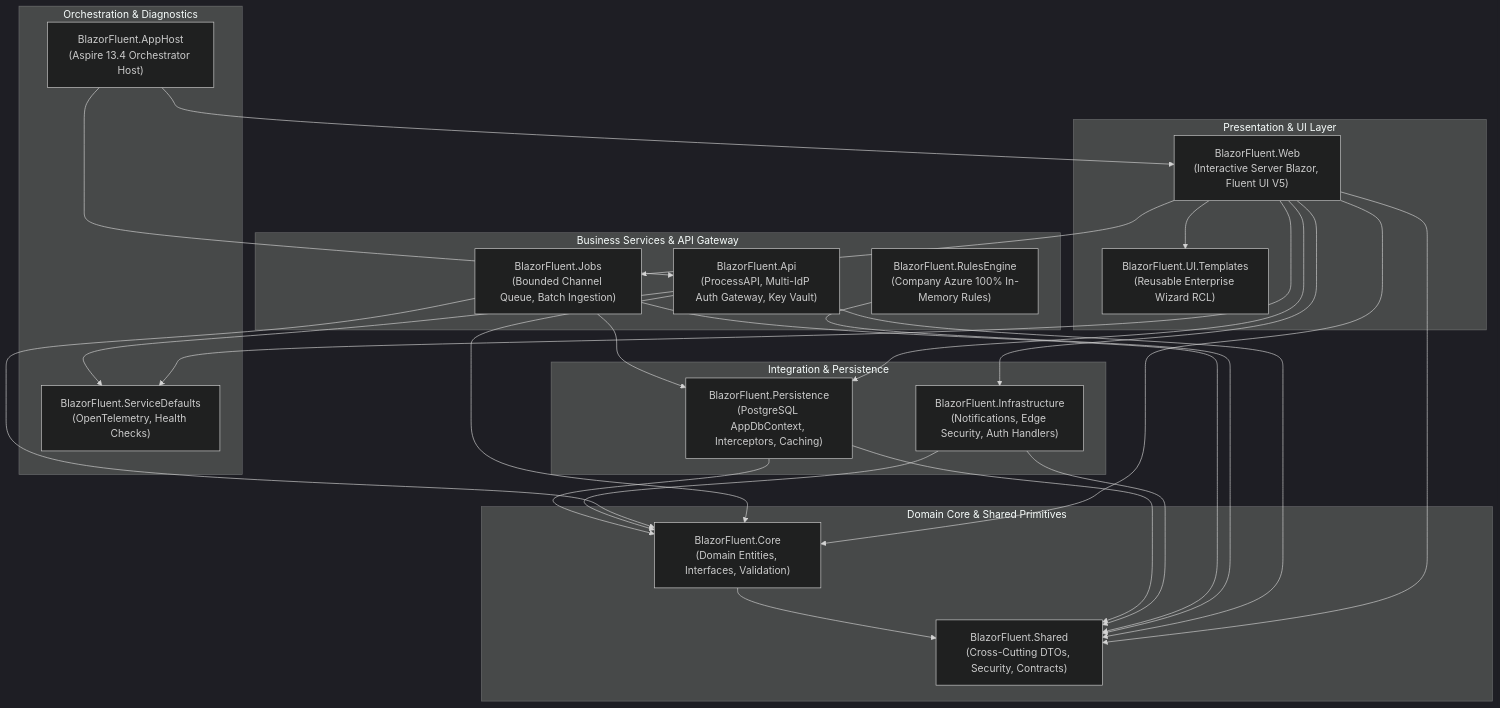
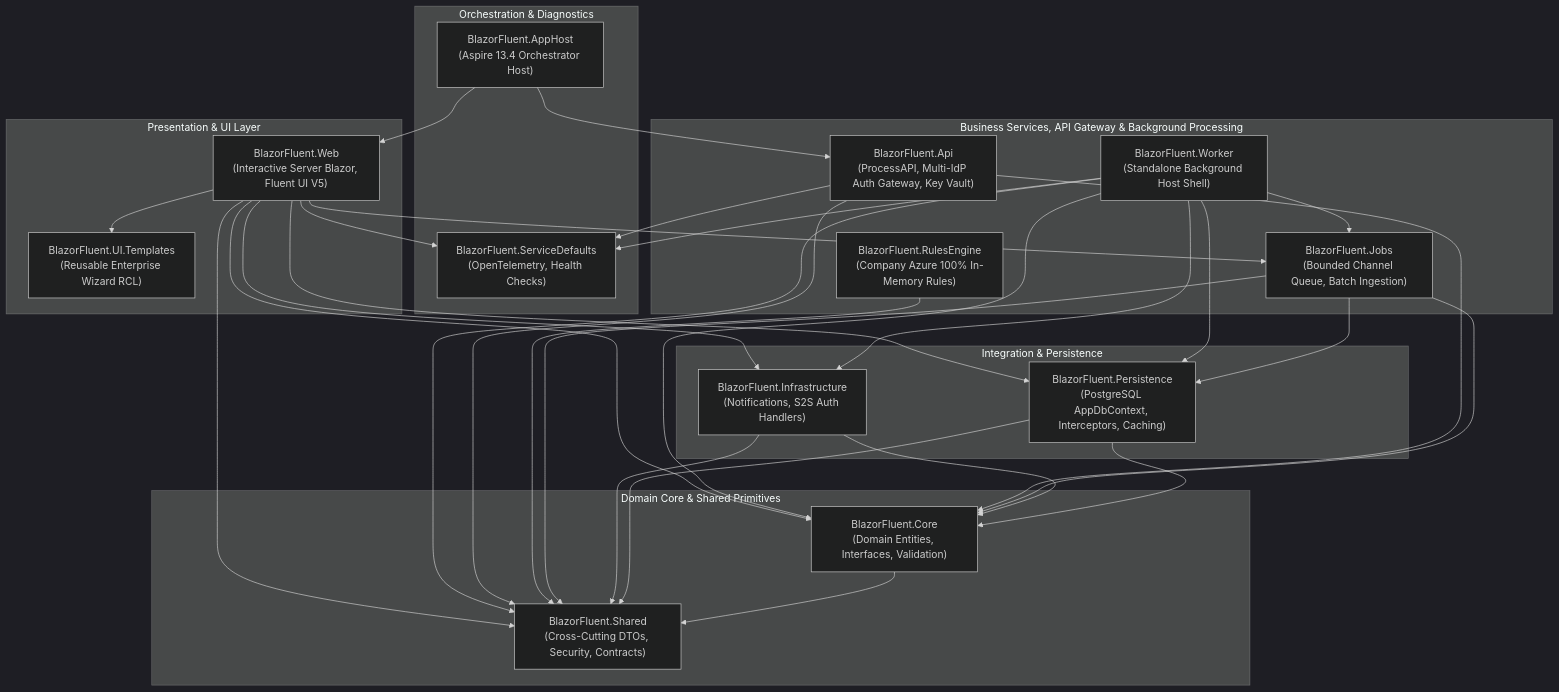
Before and after one commit to cheriansk/blazor-fluent: the first of 3 diagrams in docs/02-Architecture-and-Project-Structure.md, drawn with Mermaid (dark theme). The commit also changed other lines of this file and 34 other files, not shown here.

````diff
--- a/docs/02-Architecture-and-Project-Structure.md
+++ b/docs/02-Architecture-and-Project-Structure.md
@@ -12,51 +12,58 @@
 ```mermaid
 flowchart TD
     subgraph Orchestration ["Orchestration & Diagnostics"]
         AppHost["BlazorFluent.AppHost\n(Aspire 13.4 Orchestrator Host)"]
         Defaults["BlazorFluent.ServiceDefaults\n(OpenTelemetry, Health Checks)"]
     end
 
     subgraph Presentation ["Presentation & UI Layer"]
         Web["BlazorFluent.Web\n(Interactive Server Blazor, Fluent UI V5)"]
         Templates["BlazorFluent.UI.Templates\n(Reusable Enterprise Wizard RCL)"]
     end
 
-    subgraph BusinessAndApi ["Business Services & API Gateway"]
+    subgraph BusinessAndApi ["Business Services, API Gateway & Background Processing"]
         Api["BlazorFluent.Api\n(ProcessAPI, Multi-IdP Auth Gateway, Key Vault)"]
         Rules["BlazorFluent.RulesEngine\n(Company Azure 100% In-Memory Rules)"]
         Jobs["BlazorFluent.Jobs\n(Bounded Channel Queue, Batch Ingestion)"]
+        Worker["BlazorFluent.Worker\n(Standalone Background Host Shell)"]
     end
 
     subgraph IntegrationAndData ["Integration & Persistence"]
-        Infra["BlazorFluent.Infrastructure\n(Notifications, Edge Security, Auth Handlers)"]
+        Infra["BlazorFluent.Infrastructure\n(Notifications, S2S Auth Handlers)"]
         Persist["BlazorFluent.Persistence\n(PostgreSQL AppDbContext, Interceptors, Caching)"]
     end
 
     subgraph CoreRing ["Domain Core & Shared Primitives"]
         Core["BlazorFluent.Core\n(Domain Entities, Interfaces, Validation)"]
         Shared["BlazorFluent.Shared\n(Cross-Cutting DTOs, Security, Contracts)"]
     end
 
     %% Dependency flow
     AppHost --> Web
     AppHost --> Api
     Web --> Defaults
     Api --> Defaults
+    Worker --> Defaults
     Web --> Templates
     Web --> Jobs
     Web --> Infra
     Web --> Persist
     Web --> Core
     Web --> Shared
+    Worker --> Jobs
+    Worker --> Persist
+    Worker --> Infra
+    Worker --> Core
+    Worker --> Shared
     Api --> Core
     Api --> Shared
     Rules --> Shared
     Jobs --> Persist
     Jobs --> Core
     Jobs --> Shared
     Infra --> Core
     Infra --> Shared
     Persist --> Core
     Persist --> Shared
     Core --> Shared
 ```
````
